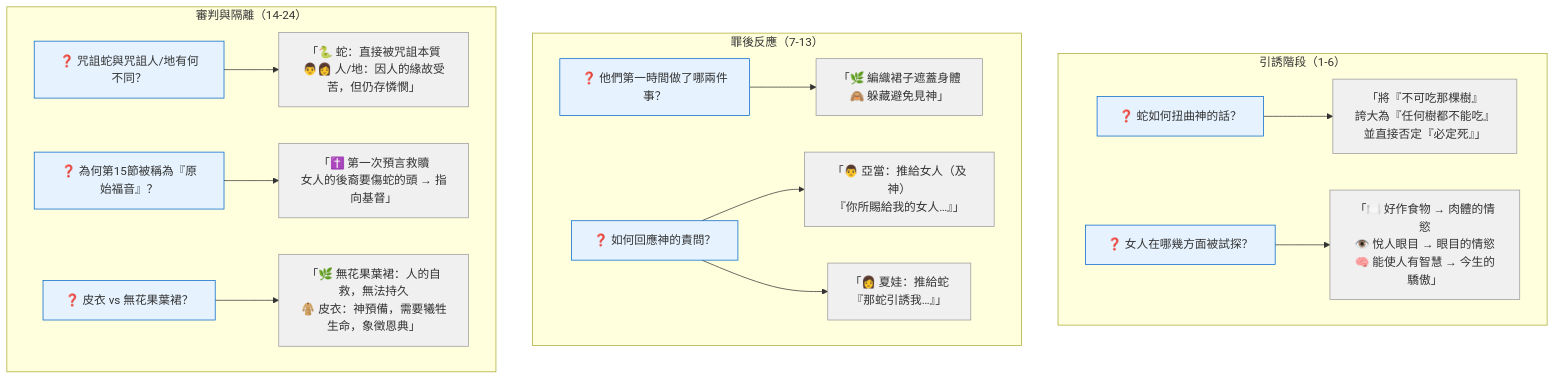
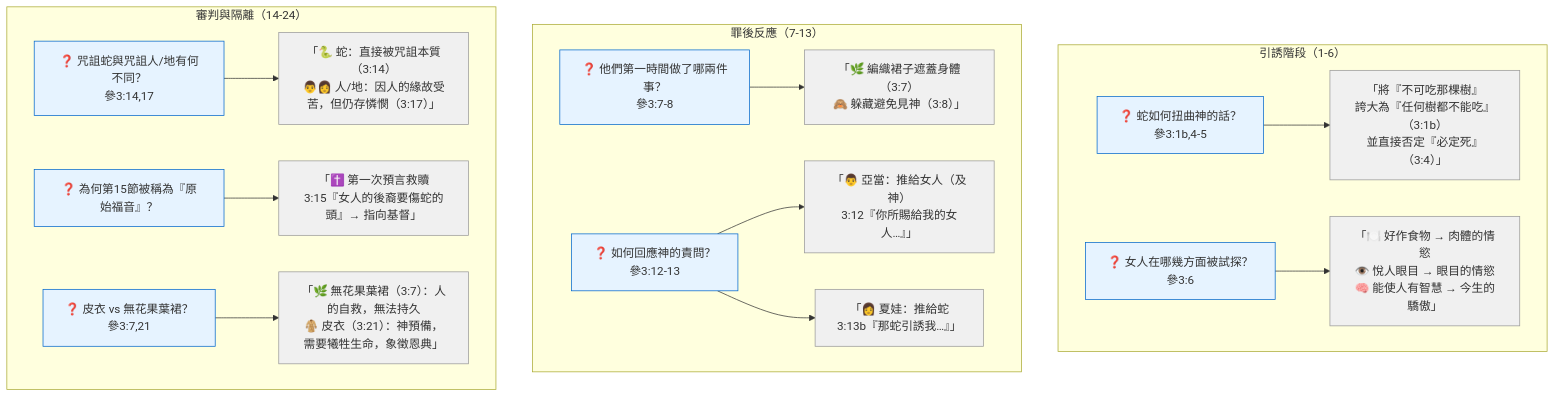
The seventh of 11 diagrams in 創世紀/第 03 章.md (mccappsheet5804-sketch/bible-study-old-testament), drawn with Mermaid before and after one commit. The commit also changed other lines of this file, not shown here.

````diff
--- a/創世紀/第 03 章.md
+++ b/創世紀/第 03 章.md
@@ -231,46 +228,46 @@
 ```mermaid
 flowchart TD
     subgraph "引誘階段（1-6）"
-        Q1[❓ 蛇如何扭曲神的話？]
-        Q1 --> A1[「將『不可吃那棵樹』<br>誇大為『任何樹都不能吃』<br>並直接否定『必定死』」]
+        Q1[❓ 蛇如何扭曲神的話？<br>參3:1b,4-5]
+        Q1 --> A1[「將『不可吃那棵樹』<br>誇大為『任何樹都不能吃』（3:1b）<br>並直接否定『必定死』（3:4）」]
         
-        Q2[❓ 女人在哪幾方面被試探？]
+        Q2[❓ 女人在哪幾方面被試探？<br>參3:6]
         Q2 --> A2[「🍽️ 好作食物 → 肉體的情慾<br>👁️ 悅人眼目 → 眼目的情慾<br>🧠 能使人有智慧 → 今生的驕傲」]
     end
     
     subgraph "罪後反應（7-13）"
-        Q3[❓ 他們第一時間做了哪兩件事？]
-        Q3 --> A3[「🌿 編織裙子遮蓋身體<br>🙈 躲藏避免見神」]
+        Q3[❓ 他們第一時間做了哪兩件事？<br>參3:7-8]
+        Q3 --> A3[「🌿 編織裙子遮蓋身體（3:7）<br>🙈 躲藏避免見神（3:8）」]
         
-        Q4[❓ 如何回應神的責問？]
-        Q4 --> A4_1[「👨 亞當：推給女人（及神）<br>『你所賜給我的女人…』」]
-        Q4 --> A4_2[「👩 夏娃：推給蛇<br>『那蛇引誘我…』」]
+        Q4[❓ 如何回應神的責問？<br>參3:12-13]
+        Q4 --> A4_1[「👨 亞當：推給女人（及神）<br>3:12『你所賜給我的女人…』」]
+        Q4 --> A4_2[「👩 夏娃：推給蛇<br>3:13b『那蛇引誘我…』」]
     end
     
     subgraph "審判與隔離（14-24）"
-        Q5[❓ 咒詛蛇與咒詛人/地有何不同？]
-        Q5 --> A5[「🐍 蛇：直接被咒詛本質<br>👨👩 人/地：因人的緣故受苦，但仍存憐憫」]
+        Q5[❓ 咒詛蛇與咒詛人/地有何不同？<br>參3:14,17]
+        Q5 --> A5[「🐍 蛇：直接被咒詛本質（3:14）<br>👨👩 人/地：因人的緣故受苦，但仍存憐憫（3:17）」]
         
         Q6[❓ 為何第15節被稱為『原始福音』？]
-        Q6 --> A6[「✝️ 第一次預言救贖<br>女人的後裔要傷蛇的頭 → 指向基督」]
+        Q6 --> A6[「✝️ 第一次預言救贖<br>3:15『女人的後裔要傷蛇的頭』→ 指向基督」]
         
-        Q7[❓ 皮衣 vs 無花果葉裙？]
-        Q7 --> A7[「🌿 無花果葉裙：人的自救，無法持久<br>🧥 皮衣：神預備，需要犧牲生命，象徵恩典」]
+        Q7[❓ 皮衣 vs 無花果葉裙？<br>參3:7,21]
+        Q7 --> A7[「🌿 無花果葉裙（3:7）：人的自救，無法持久<br>🧥 皮衣（3:21）：神預備，需要犧牲生命，象徵恩典」]
     end
     
     style Q1 fill:#e6f3ff,stroke:#0066cc
     style Q2 fill:#e6f3ff,stroke:#0066cc
     style Q3 fill:#e6f3ff,stroke:#0066cc
     style Q4 fill:#e6f3ff,stroke:#0066cc
     style Q5 fill:#e6f3ff,stroke:#0066cc
     style Q6 fill:#e6f3ff,stroke:#0066cc
     style Q7 fill:#e6f3ff,stroke:#0066cc
     style A1 fill:#f0f0f0,stroke:#999999
     style A2 fill:#f0f0f0,stroke:#999999
     style A3 fill:#f0f0f0,stroke:#999999
     style A4_1 fill:#f0f0f0,stroke:#999999
     style A4_2 fill:#f0f0f0,stroke:#999999
     style A5 fill:#f0f0f0,stroke:#999999
     style A6 fill:#f0f0f0,stroke:#999999
     style A7 fill:#f0f0f0,stroke:#999999
 ```
````
